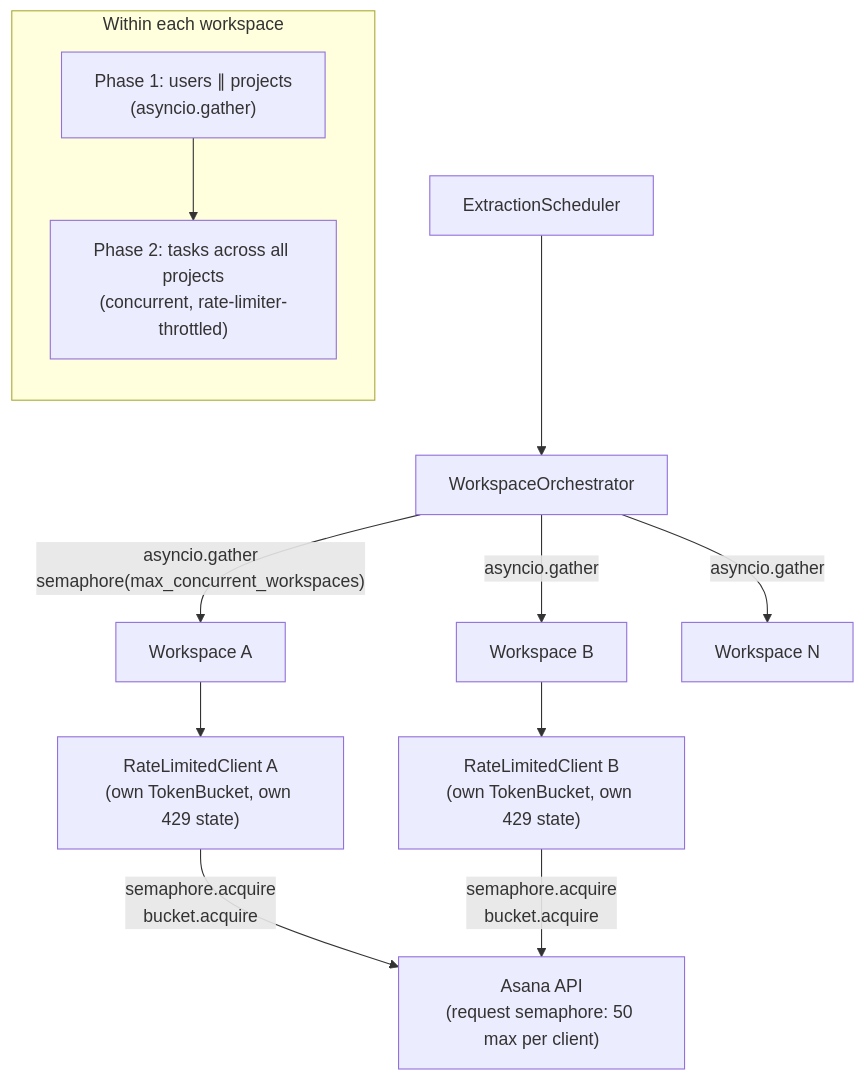
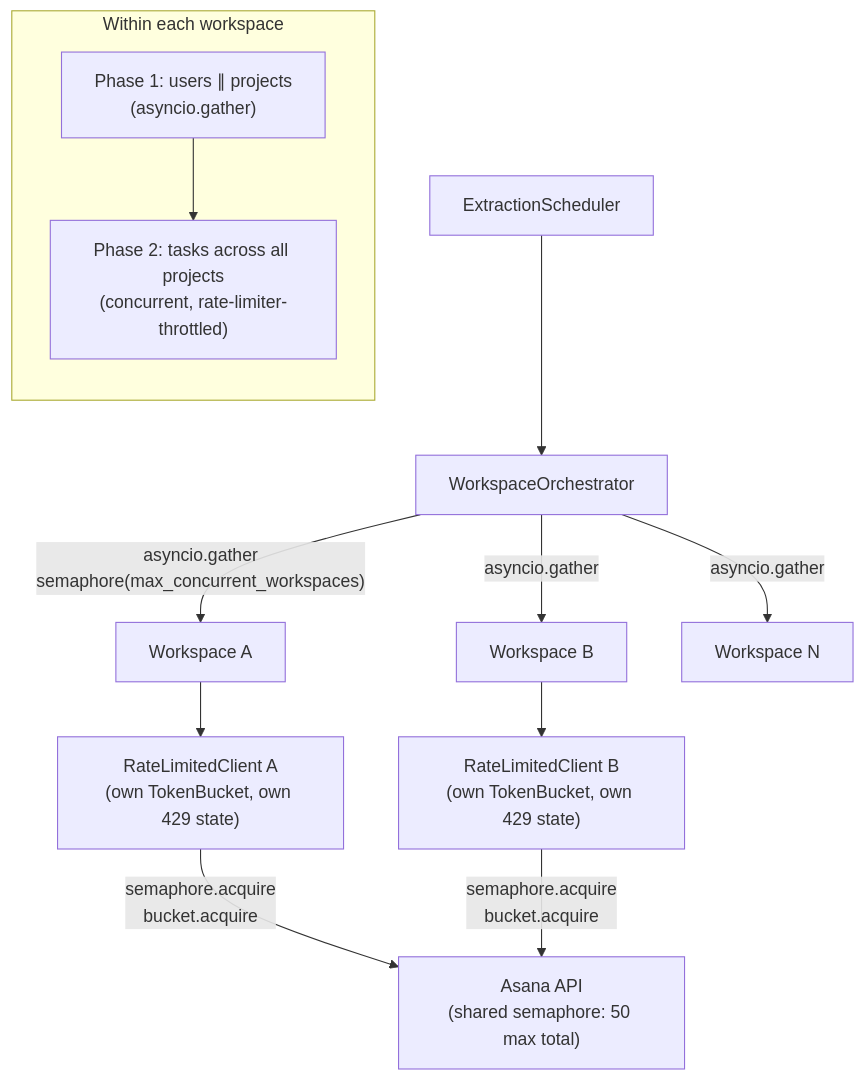
The second of 2 diagrams in README.md (Itamarshahar/asana_extractor), drawn with Mermaid before and after one commit. The commit also changed other lines of this file, not shown here.

````diff
--- a/README.md
+++ b/README.md
@@ -108,20 +109,20 @@
 ```mermaid
 graph TD
     Sched["ExtractionScheduler"] --> Orch["WorkspaceOrchestrator"]
     Orch --> |"asyncio.gather<br/>semaphore(max_concurrent_workspaces)"| WA["Workspace A"]
     Orch --> |"asyncio.gather"| WB["Workspace B"]
     Orch --> |"asyncio.gather"| WN["Workspace N"]
 
     WA --> RLC_A["RateLimitedClient A<br/>(own TokenBucket, own 429 state)"]
     WB --> RLC_B["RateLimitedClient B<br/>(own TokenBucket, own 429 state)"]
 
-    RLC_A --> |"semaphore.acquire<br/>bucket.acquire"| API["Asana API<br/>(request semaphore: 50 max per client)"]
+    RLC_A --> |"semaphore.acquire<br/>bucket.acquire"| API["Asana API<br/>(shared semaphore: 50 max total)"]
     RLC_B --> |"semaphore.acquire<br/>bucket.acquire"| API
 
     subgraph "Within each workspace"
         direction TB
         Phase1["Phase 1: users ∥ projects<br/>(asyncio.gather)"]
         Phase2["Phase 2: tasks across all projects<br/>(concurrent, rate-limiter-throttled)"]
         Phase1 --> Phase2
     end
 ```
````
